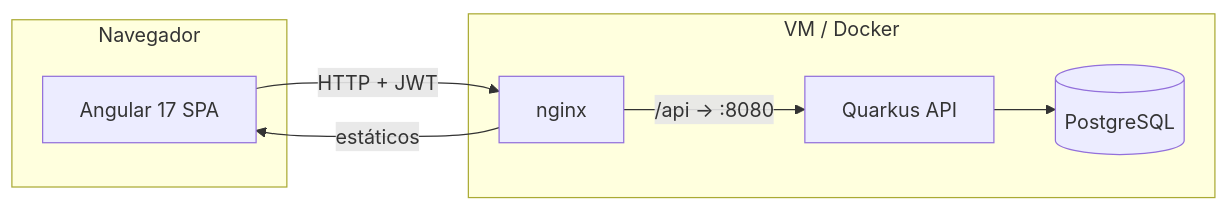
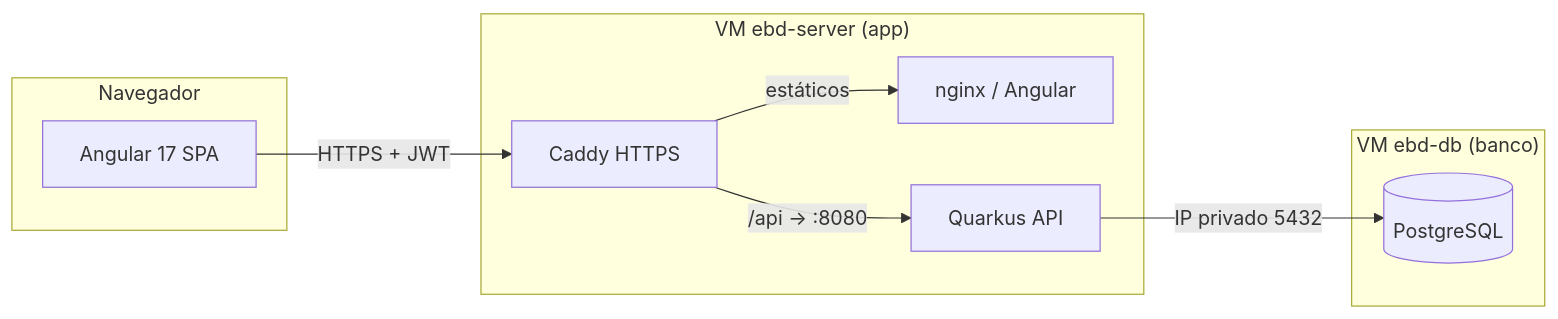
The first of 3 diagrams in docs/ARQUITETURA.md (daniloav/ebd-samambaia), drawn with Mermaid before and after one commit. The commit also changed other lines of this file and 10 other files, not shown here.

````diff
--- a/docs/ARQUITETURA.md
+++ b/docs/ARQUITETURA.md
@@ -8,12 +8,15 @@
 ```mermaid
 flowchart LR
   subgraph Navegador
     A[Angular 17 SPA]
   end
-  subgraph VM["VM / Docker"]
-    N[nginx] -->|estáticos| A
-    N -->|/api → :8080| B[Quarkus API]
-    B --> DB[(PostgreSQL)]
+  subgraph APP["VM ebd-server (app)"]
+    C[Caddy HTTPS] -->|estáticos| N[nginx / Angular]
+    C -->|/api → :8080| B[Quarkus API]
   end
-  A -->|HTTP + JWT| N
+  subgraph DBVM["VM ebd-db (banco)"]
+    DB[(PostgreSQL)]
+  end
+  B -->|IP privado 5432| DB
+  A -->|HTTPS + JWT| C
 ```
````
